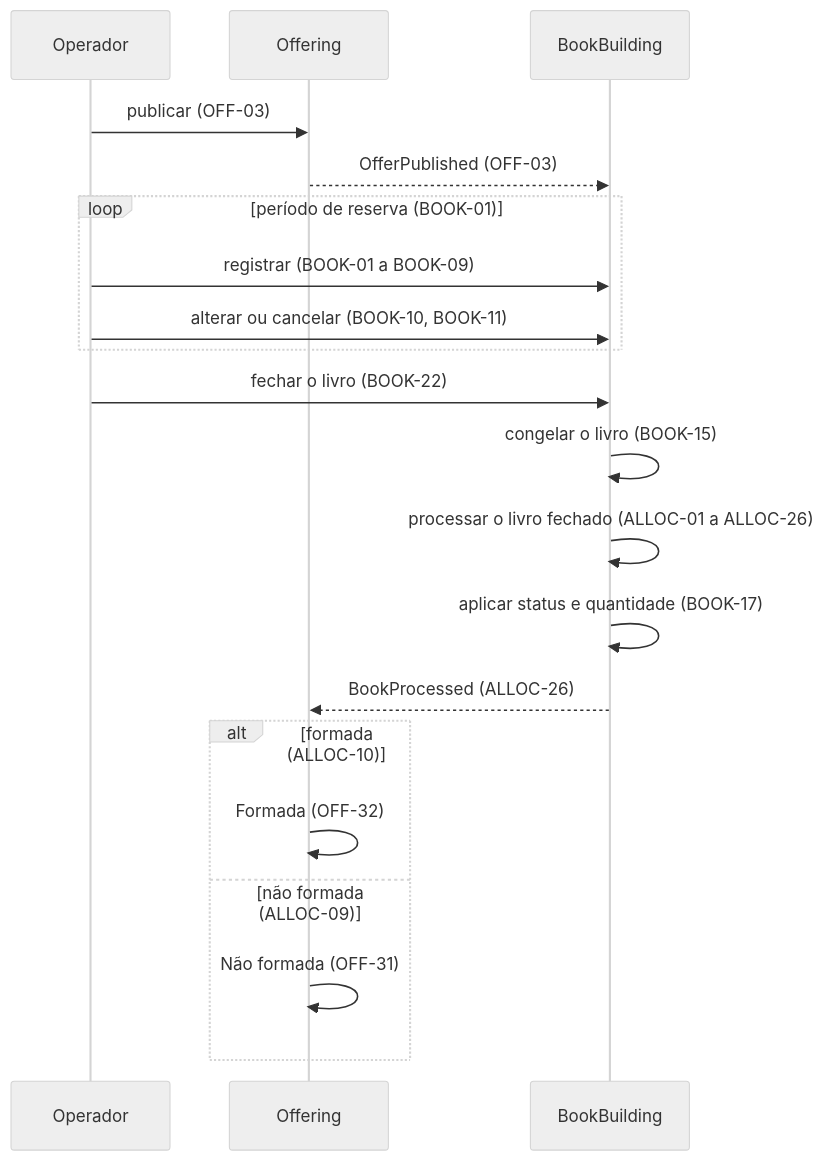
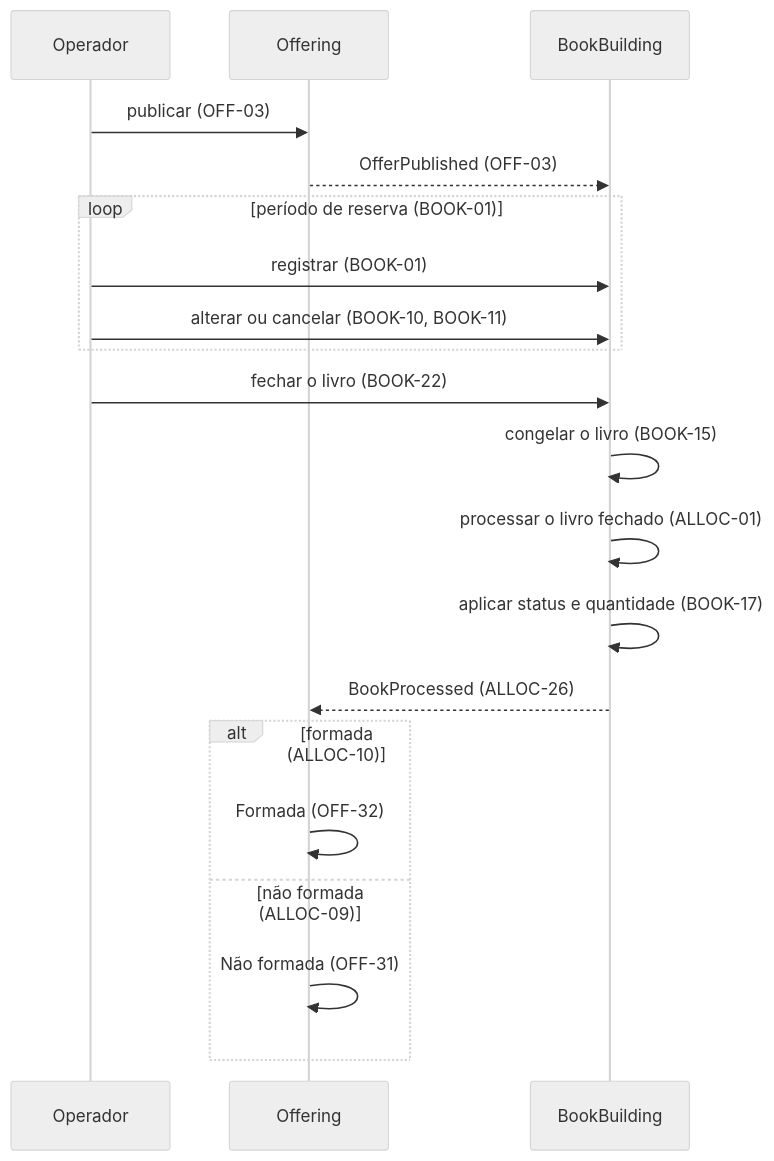
One commit to guilhermesalvi/fund-distribution-platform changed the first of 2 diagrams in docs/prd/0000-platform-overview.md. Above: the diagram before and after it, drawn with Mermaid (neutral theme). The commit also changed other lines of this file, not shown here.

Commit message:
docs: drop requirement ranges from overview

````diff
--- a/docs/prd/0000-platform-overview.md
+++ b/docs/prd/0000-platform-overview.md
@@ -39,22 +39,22 @@
 ```mermaid
 sequenceDiagram
     participant Operador
     participant Offering
     participant BookBuilding
     Operador->>Offering: publicar (OFF-03)
     Offering-->>BookBuilding: OfferPublished (OFF-03)
     loop período de reserva (BOOK-01)
-        Operador->>BookBuilding: registrar (BOOK-01 a BOOK-09)
+        Operador->>BookBuilding: registrar (BOOK-01)
         Operador->>BookBuilding: alterar ou cancelar (BOOK-10, BOOK-11)
     end
     Operador->>BookBuilding: fechar o livro (BOOK-22)
     BookBuilding->>BookBuilding: congelar o livro (BOOK-15)
-    BookBuilding->>BookBuilding: processar o livro fechado (ALLOC-01 a ALLOC-26)
+    BookBuilding->>BookBuilding: processar o livro fechado (ALLOC-01)
     BookBuilding->>BookBuilding: aplicar status e quantidade (BOOK-17)
     BookBuilding-->>Offering: BookProcessed (ALLOC-26)
     alt formada (ALLOC-10)
         Offering->>Offering: Formada (OFF-32)
     else não formada (ALLOC-09)
         Offering->>Offering: Não formada (OFF-31)
     end
 ```
````
